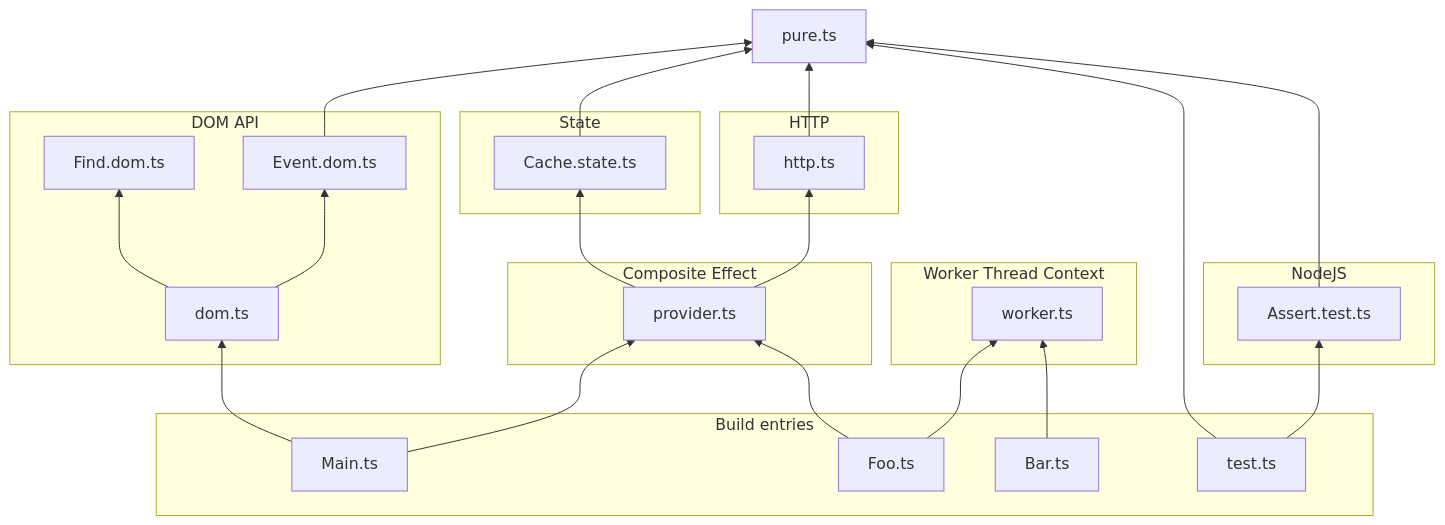
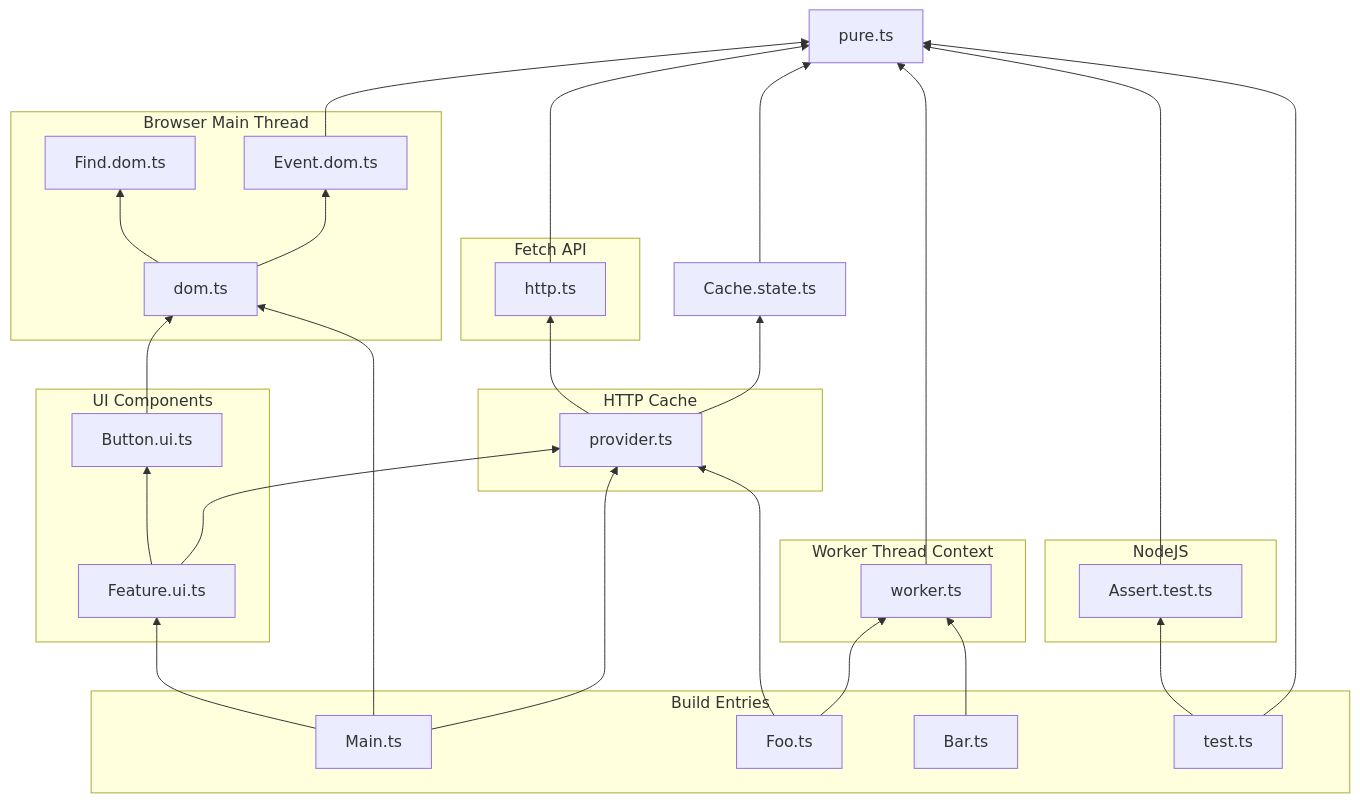
One commit to muniworth/purity-seal changed the fourth of 4 diagrams in README.md. Above: the diagram before and after it, drawn with Mermaid. The commit also changed other lines of this file, not shown here.

````diff
--- a/README.md
+++ b/README.md
@@ -6,51 +97,58 @@
 ```mermaid
 graph BT;
-	subgraph DOM API
+	subgraph Browser Main Thread
 		dom.ts
 		Find.dom.ts
 		Event.dom.ts
 	end
 	dom.ts --> Find.dom.ts
 	dom.ts --> Event.dom.ts
 	Event.dom.ts --> pure.ts
 
-	subgraph HTTP
+	subgraph UI Components
+		Button.ui.ts
+		Feature.ui.ts
+	end
+	Button.ui.ts --> dom.ts
+	Feature.ui.ts --> Button.ui.ts
+	Feature.ui.ts --> provider.ts
+
+	subgraph Fetch API
 		http.ts
 	end
 	http.ts --> pure.ts
 
-	subgraph State
-		Cache.state.ts
-	end
 	Cache.state.ts --> pure.ts
 
-	subgraph Composite Effect
+	subgraph HTTP Cache
 		provider.ts
 	end
 	provider.ts --> Cache.state.ts
 	provider.ts --> http.ts
 
 	subgraph Worker Thread Context
 		worker.ts
 	end
+	worker.ts --> pure.ts
 
 	subgraph NodeJS
 		Assert.test.ts
 	end
 	Assert.test.ts --> pure.ts
 
-	subgraph Build entries
+	subgraph Build Entries
 		Main.ts
 		Foo.ts
 		Bar.ts
 		test.ts
 	end
 
 	Main.ts --> dom.ts
 	Main.ts --> provider.ts
+	Main.ts --> Feature.ui.ts
 	Foo.ts --> provider.ts
 	Foo.ts --> worker.ts
 	Bar.ts --> worker.ts
 	test.ts --> pure.ts
 	test.ts --> Assert.test.ts
 ```
````
